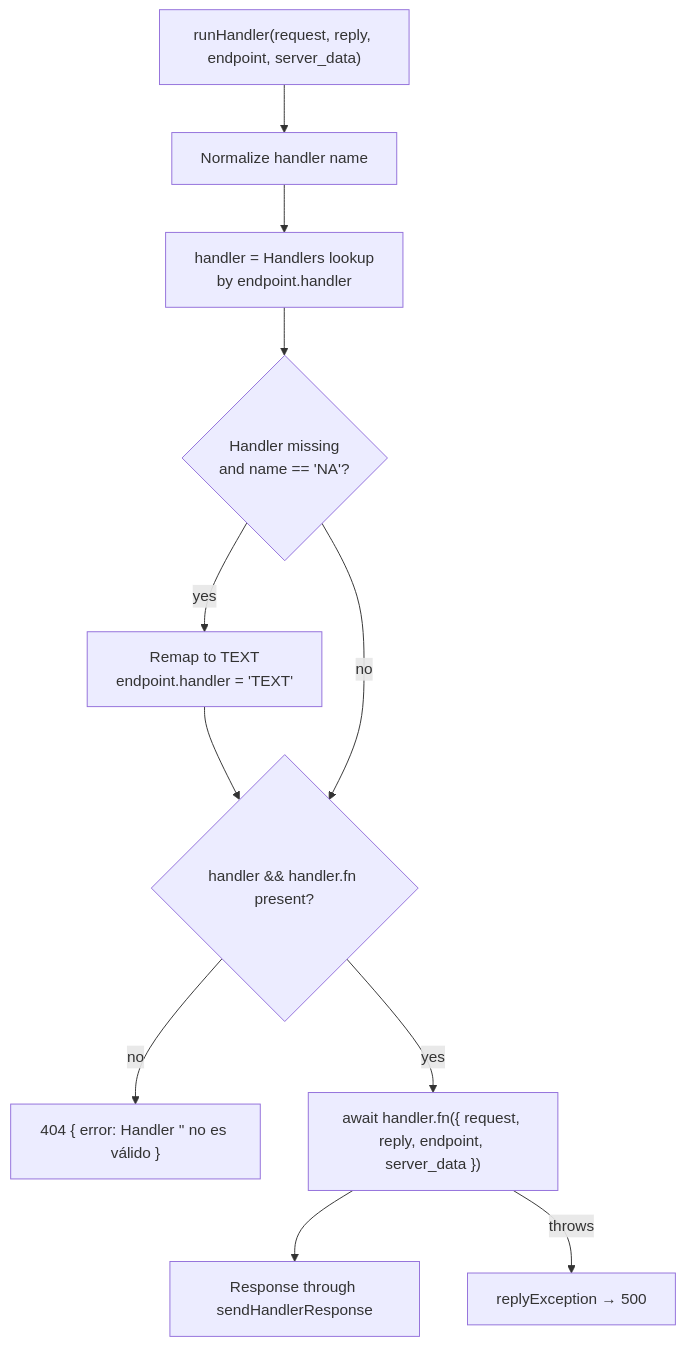
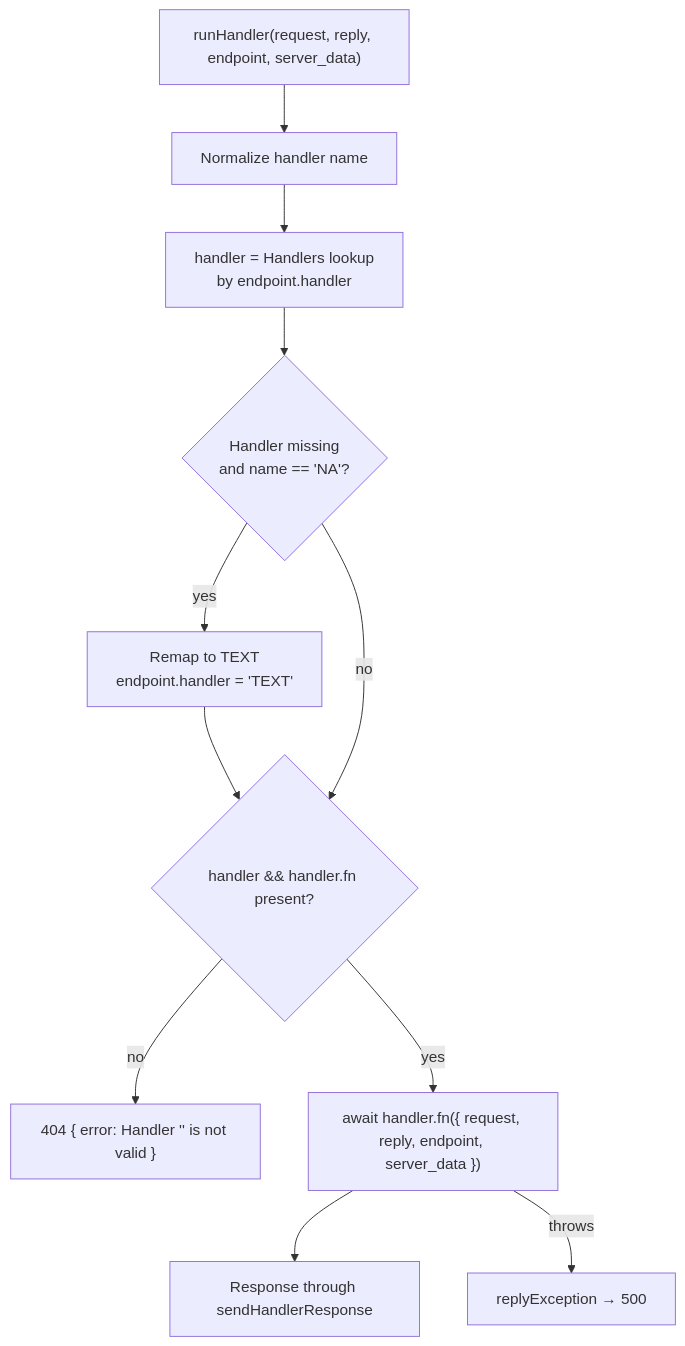
The first of 4 diagrams in src/docs/flows/RUNTIME.md (rdsslab/libOpenFusionAPI), drawn with Mermaid before and after one commit. The commit also changed 16 other files, not shown here.

````diff
--- a/src/docs/flows/RUNTIME.md
+++ b/src/docs/flows/RUNTIME.md
@@ -16,13 +16,13 @@
 ```mermaid
 flowchart TD
     A["runHandler(request, reply, endpoint, server_data)"] --> N["Normalize handler name"]
     N --> L["handler = Handlers lookup<br/>by endpoint.handler"]
     L --> NA{"Handler missing<br/>and name == 'NA'?"}
     NA -- "yes" --> REMAP["Remap to TEXT<br/>endpoint.handler = 'TEXT'"]
     REMAP --> VALID
     NA -- "no" --> VALID{"handler && handler.fn present?"}
-    VALID -- "no" --> BAD["404 { error: Handler '<name>' no es válido }"]
+    VALID -- "no" --> BAD["404 { error: Handler '<name>' is not valid }"]
     VALID -- "yes" --> DISP["await handler.fn({ request, reply, endpoint, server_data })"]
     DISP --> OUT["Response through sendHandlerResponse"]
     DISP -- "throws" --> ERR["replyException → 500"]
 ```
````
